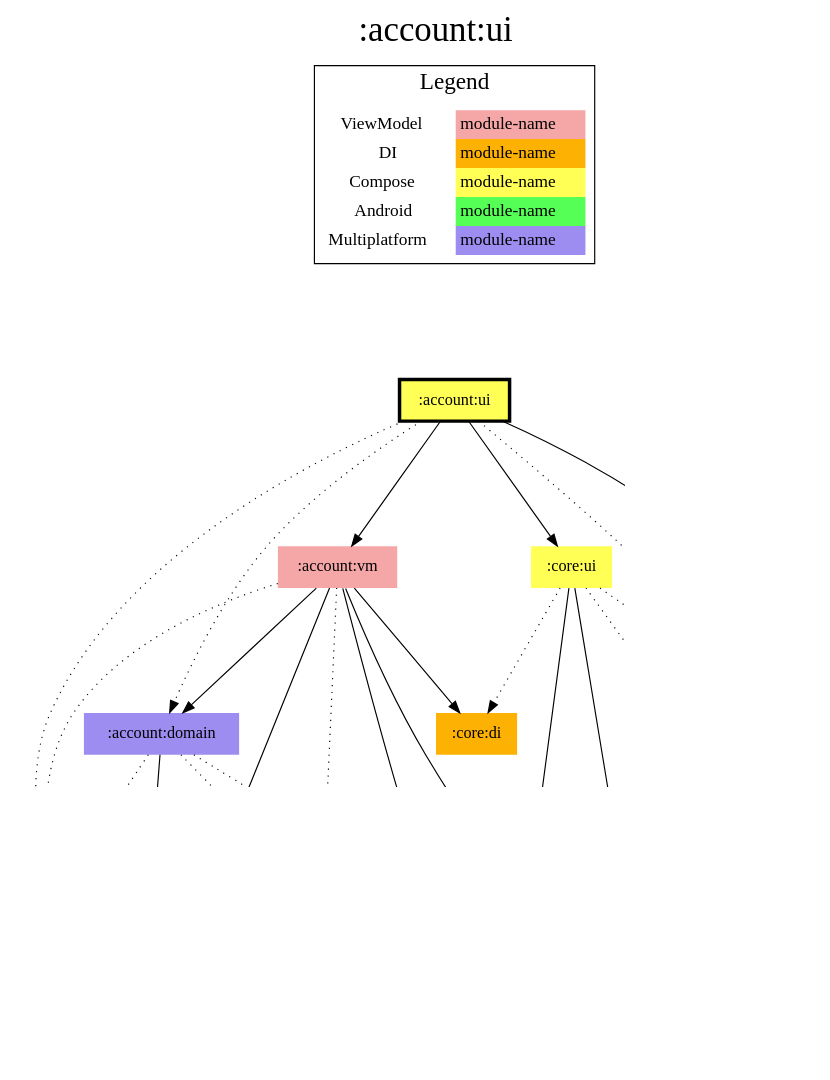
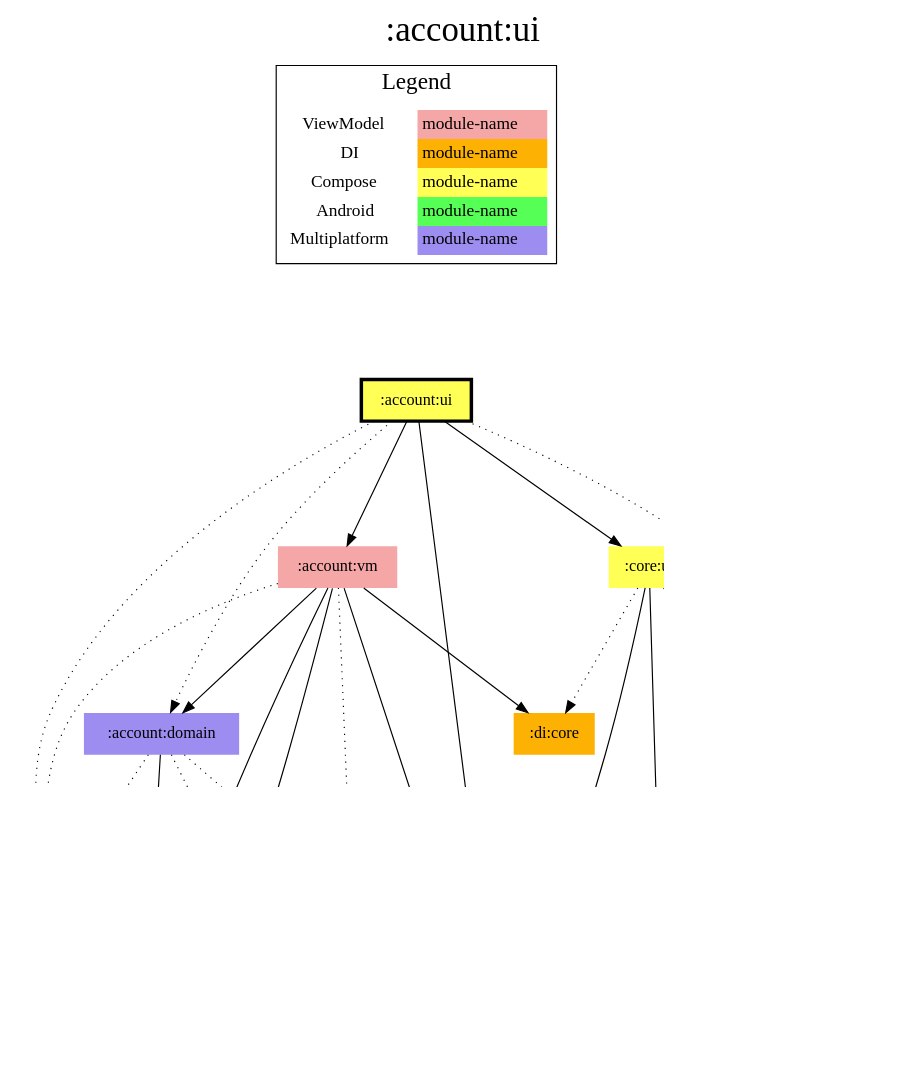
The diagram in modules/account/ui/modules.dot (jonapoul/aktual), drawn with Graphviz before and after one commit. The commit also changed 356 other files, not shown here.

```diff
--- a/modules/account/ui/modules.dot
+++ b/modules/account/ui/modules.dot
@@ -1,65 +1,65 @@
 digraph {
 edge ["dir"="forward"]
 graph ["dpi"="100","label"=":account:ui","labelloc"="t","fontsize"="30","ranksep"="1.5","rankdir"="TB"]
 node ["style"="filled"]
 ":account:domain" ["fillcolor"="#9D8DF1","shape"="none"]
 ":account:model" ["fillcolor"="#9D8DF1","shape"="none"]
 ":account:ui" ["fillcolor"="#FFFF55","color"="black","penwidth"="3","shape"="box"]
 ":account:vm" ["fillcolor"="#F5A6A6","shape"="none"]
 ":api:actual" ["fillcolor"="#9D8DF1","shape"="none"]
 ":budget:model" ["fillcolor"="#9D8DF1","shape"="none"]
 ":codegen:annotation" ["fillcolor"="#9D8DF1","shape"="none"]
 ":core:android" ["fillcolor"="#55FF55","shape"="none"]
-":core:di" ["fillcolor"="#FCB103","shape"="none"]
 ":core:model" ["fillcolor"="#9D8DF1","shape"="none"]
 ":core:ui" ["fillcolor"="#FFFF55","shape"="none"]
+":di:core" ["fillcolor"="#FCB103","shape"="none"]
 ":l10n" ["fillcolor"="#9D8DF1","shape"="none"]
 ":logging" ["fillcolor"="#9D8DF1","shape"="none"]
 ":prefs" ["fillcolor"="#9D8DF1","shape"="none"]
 {
 edge ["dir"="none"]
 graph ["rank"="same"]
 ":account:ui"
 }
 ":account:domain" -> ":account:model"
 ":account:domain" -> ":api:actual" ["style"="dotted"]
 ":account:domain" -> ":logging" ["style"="dotted"]
 ":account:domain" -> ":prefs" ["style"="dotted"]
 ":account:ui" -> ":account:domain" ["style"="dotted"]
 ":account:ui" -> ":account:vm"
 ":account:ui" -> ":core:model"
 ":account:ui" -> ":core:ui"
 ":account:ui" -> ":l10n" ["style"="dotted"]
 ":account:ui" -> ":logging" ["style"="dotted"]
 ":account:vm" -> ":account:domain"
 ":account:vm" -> ":account:model"
 ":account:vm" -> ":api:actual" ["style"="dotted"]
-":account:vm" -> ":core:di"
 ":account:vm" -> ":core:model"
+":account:vm" -> ":di:core"
 ":account:vm" -> ":logging" ["style"="dotted"]
 ":account:vm" -> ":prefs"
 ":api:actual" -> ":account:model"
 ":api:actual" -> ":budget:model"
 ":api:actual" -> ":codegen:annotation" ["style"="dotted"]
 ":api:actual" -> ":core:model"
 ":core:ui" -> ":budget:model"
 ":core:ui" -> ":core:android" ["style"="dotted"]
-":core:ui" -> ":core:di" ["style"="dotted"]
 ":core:ui" -> ":core:model"
+":core:ui" -> ":di:core" ["style"="dotted"]
 ":core:ui" -> ":l10n" ["style"="dotted"]
 ":prefs" -> ":account:model"
 ":prefs" -> ":core:model"
 subgraph "cluster_legend" {
 edge ["dir"="none"]
 graph ["label"="Legend","fontsize"="20"]
 "Legend" ["style"="filled","fillcolor"="#FFFFFF","shape"="none","margin"="0","fontsize"="15","label"=<
 <TABLE BORDER="0" CELLBORDER="0" CELLSPACING="0" CELLPADDING="4">
 <TR><TD>ViewModel</TD><TD BGCOLOR="#F5A6A6">module-name</TD></TR>
 <TR><TD>DI</TD><TD BGCOLOR="#FCB103">module-name</TD></TR>
 <TR><TD>Compose</TD><TD BGCOLOR="#FFFF55">module-name</TD></TR>
 <TR><TD>Android</TD><TD BGCOLOR="#55FF55">module-name</TD></TR>
 <TR><TD>Multiplatform</TD><TD BGCOLOR="#9D8DF1">module-name</TD></TR>
 </TABLE>
 >]
 } -> ":account:ui" ["style"="invis"]
 }
```
